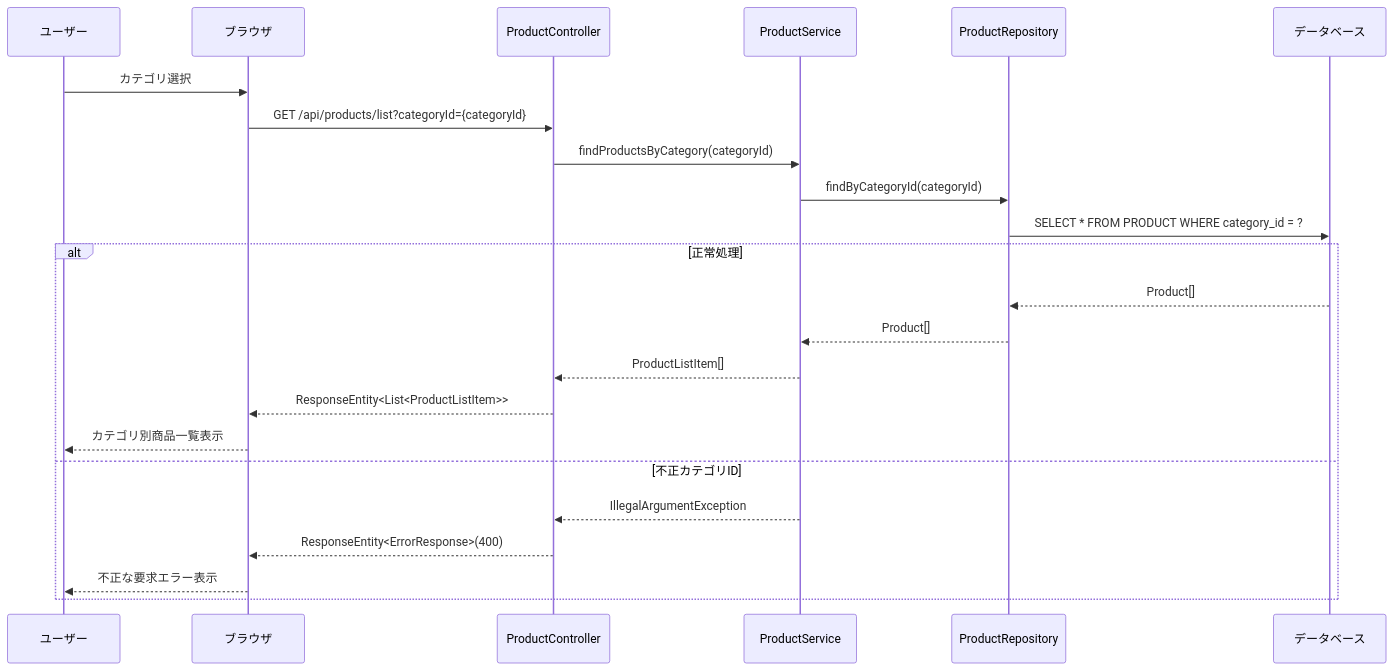
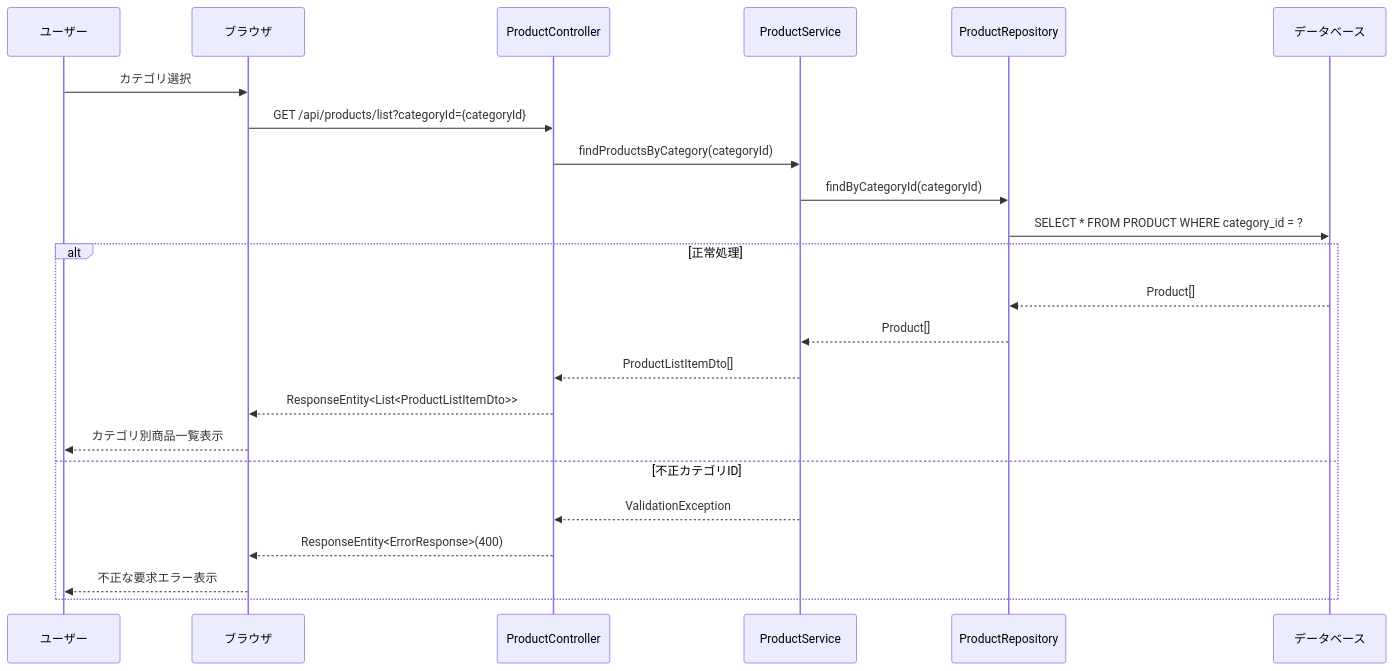
The second of 17 diagrams in 詳細設計/3_sequence.md (shogomaeda758/Bacon), drawn with Mermaid before and after one commit. The commit also changed other lines of this file and 2 other files, not shown here.

````diff
--- a/詳細設計/3_sequence.md
+++ b/詳細設計/3_sequence.md
@@ -69,27 +99,27 @@
 ```mermaid
 sequenceDiagram
     participant U as ユーザー
     participant B as ブラウザ
     participant PC as ProductController
     participant PS as ProductService
     participant PR as ProductRepository
     participant DB as データベース
 
     U->>B: カテゴリ選択
     B->>PC: GET /api/products/list?categoryId={categoryId}
     PC->>PS: findProductsByCategory(categoryId)
     PS->>PR: findByCategoryId(categoryId)
     PR->>DB: SELECT * FROM PRODUCT WHERE category_id = ?
     
     alt 正常処理
         DB-->>PR: Product[]
         PR-->>PS: Product[]
-        PS-->>PC: ProductListItem[]
-        PC-->>B: ResponseEntity<List<ProductListItem>>
+        PS-->>PC: ProductListItemDto[]
+        PC-->>B: ResponseEntity<List<ProductListItemDto>>
         B-->>U: カテゴリ別商品一覧表示
     else 不正カテゴリID
-        PS-->>PC: IllegalArgumentException
+        PS-->>PC: ValidationException
         PC-->>B: ResponseEntity<ErrorResponse>(400)
         B-->>U: 不正な要求エラー表示
     end
 ```
````
